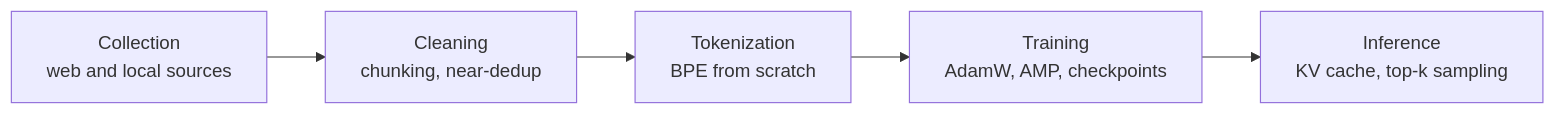
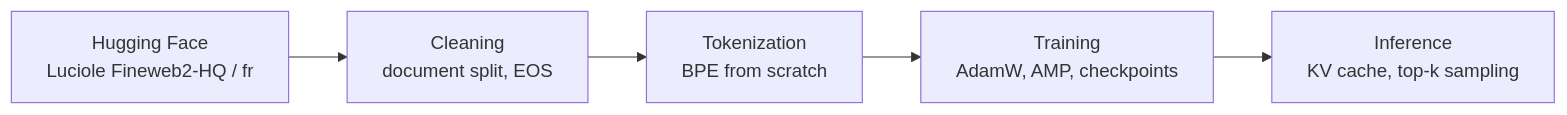
Before and after one commit to Por-Tra/Portr-AI: the first of 4 diagrams in README.md, drawn with Mermaid. The commit also changed other lines of this file and 21 other files, not shown here.

````diff
--- a/README.md
+++ b/README.md
@@ -49,7 +49,7 @@
 ```mermaid
 flowchart LR
-    A["Collection<br/>web and local sources"] --> B["Cleaning<br/>chunking, near-dedup"]
+    A["Hugging Face<br/>Luciole Fineweb2-HQ / fr"] --> B["Cleaning<br/>document split, EOS"]
     B --> C["Tokenization<br/>BPE from scratch"]
     C --> D["Training<br/>AdamW, AMP, checkpoints"]
     D --> E["Inference<br/>KV cache, top-k sampling"]
 ```
````
